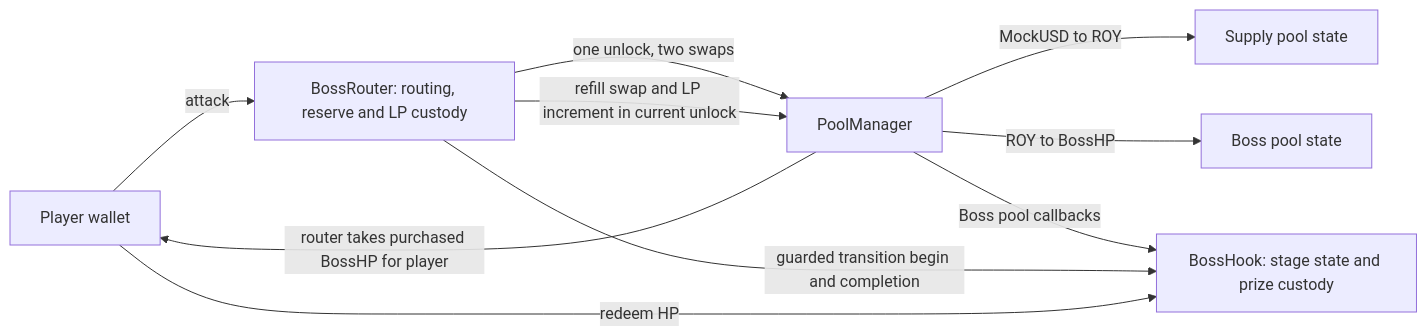
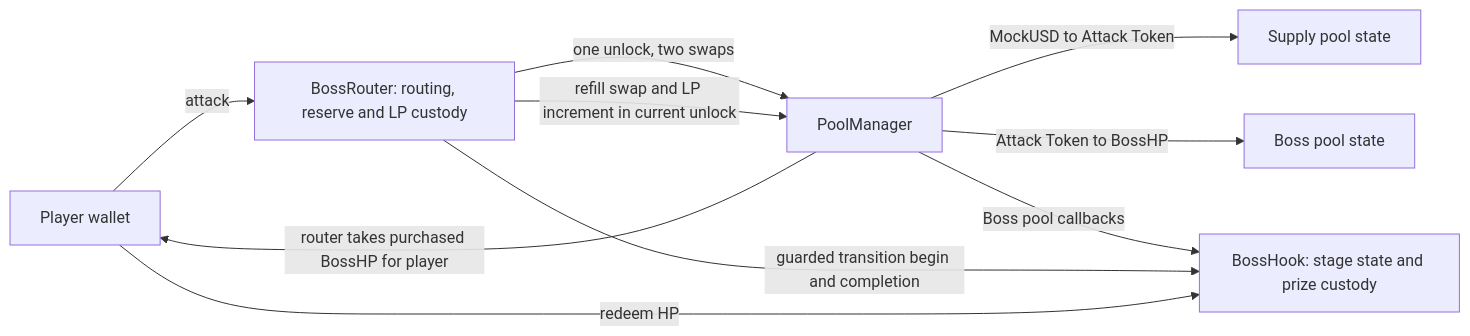
Before and after one commit to 0xroylee/eth-global-2026-tokyo: the diagram in docs/technical-spec.md, drawn with Mermaid. The commit also changed other lines of this file and 31 other files, not shown here.

Commit message:
docs: define live battle integration and Attack Token naming

````diff
--- a/docs/technical-spec.md
+++ b/docs/technical-spec.md
@@ -7,12 +7,12 @@
 ```mermaid
 flowchart LR
     W[Player wallet] -->|attack| R[BossRouter: routing, reserve and LP custody]
     R -->|one unlock, two swaps| PM[PoolManager]
-    PM -->|MockUSD to ROY| A[Supply pool state]
-    PM -->|ROY to BossHP| B[Boss pool state]
+    PM -->|MockUSD to Attack Token| A[Supply pool state]
+    PM -->|Attack Token to BossHP| B[Boss pool state]
     PM -->|Boss pool callbacks| H[BossHook: stage state and prize custody]
     PM -->|router takes purchased BossHP for player| W
     R -->|guarded transition begin and completion| H
     R -->|refill swap and LP increment in current unlock| PM
     W -->|redeem HP| H
 ```
````
